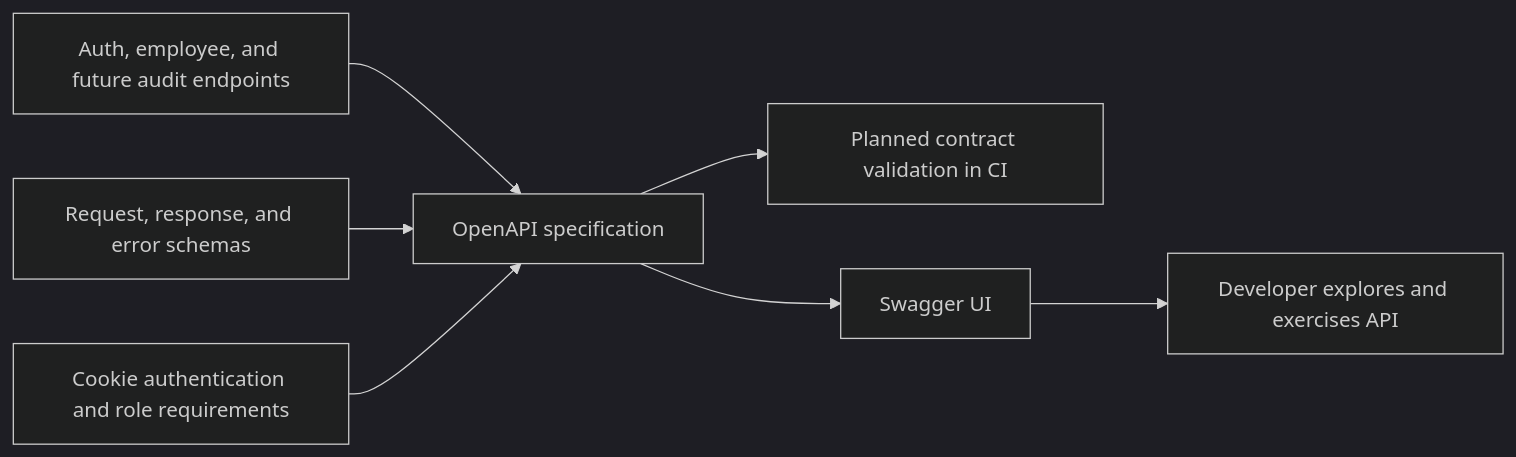
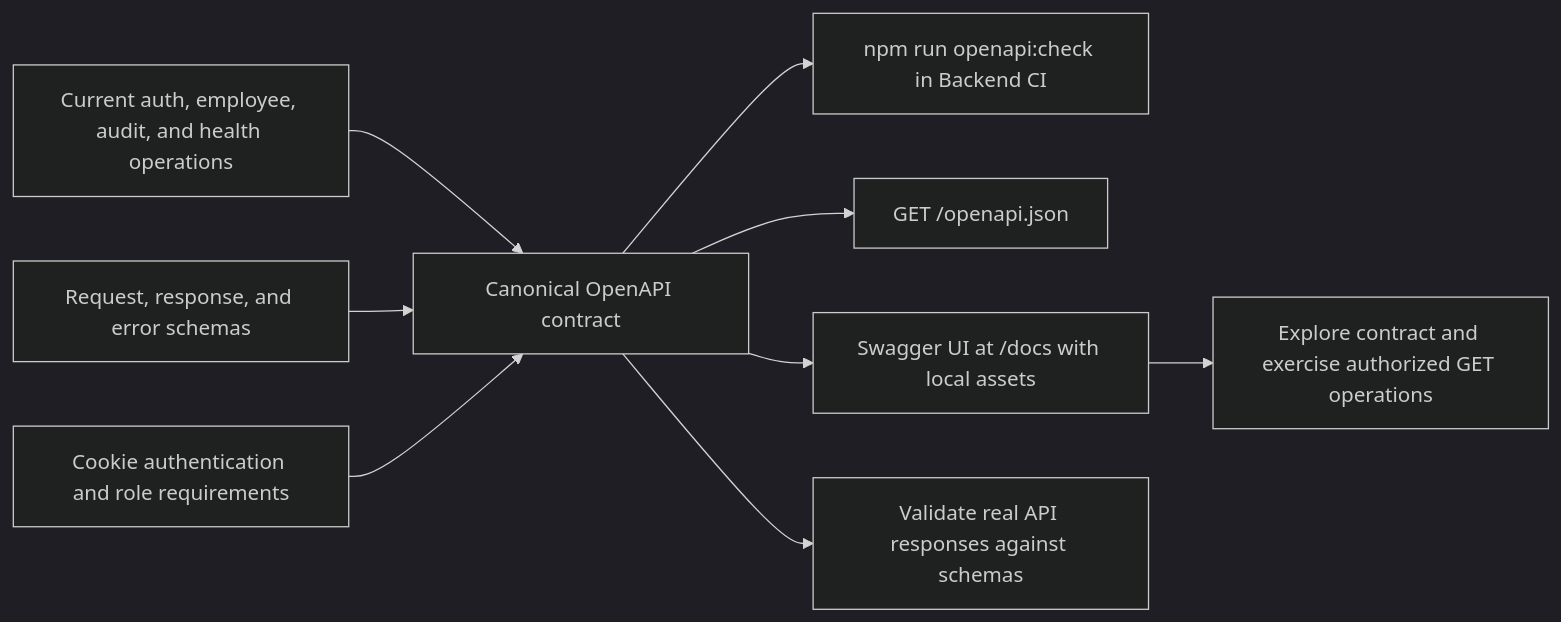
Before and after one commit to herve192-hub/WorkSphere: diagram 36 of 52 in README.md, drawn with Mermaid (dark theme). The commit also changed other lines of this file and 51 other files, not shown here.

Commit message:
added audit history, API documentation, transactions, and supporting tests/configuration

````diff
--- a/README.md
+++ b/README.md
@@ -1583,9 +1722,11 @@
 ```mermaid
 flowchart LR
-    Routes["Auth, employee, and future audit endpoints"] --> Spec["OpenAPI specification"]
+    Routes["Current auth, employee, audit, and health operations"] --> Spec["Canonical OpenAPI contract"]
     Models["Request, response, and error schemas"] --> Spec
     Policies["Cookie authentication and role requirements"] --> Spec
-    Spec --> Validate["Planned contract validation in CI"]
-    Spec --> UI["Swagger UI"]
-    UI --> Developer["Developer explores and exercises API"]
+    Spec --> Validate["npm run openapi:check in Backend CI"]
+    Spec --> Download["GET /openapi.json"]
+    Spec --> UI["Swagger UI at /docs with local assets"]
+    UI --> Developer["Explore contract and exercise authorized GET operations"]
+    Spec --> Tests["Validate real API responses against schemas"]
 ```
````
